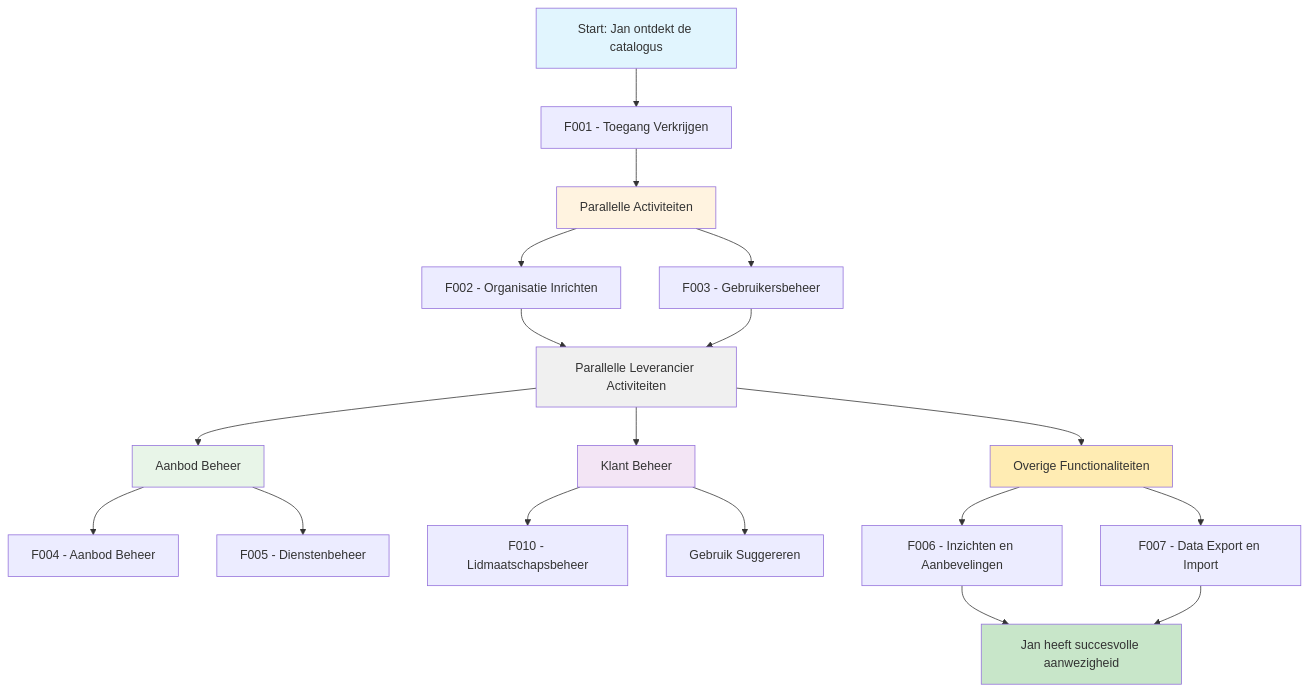
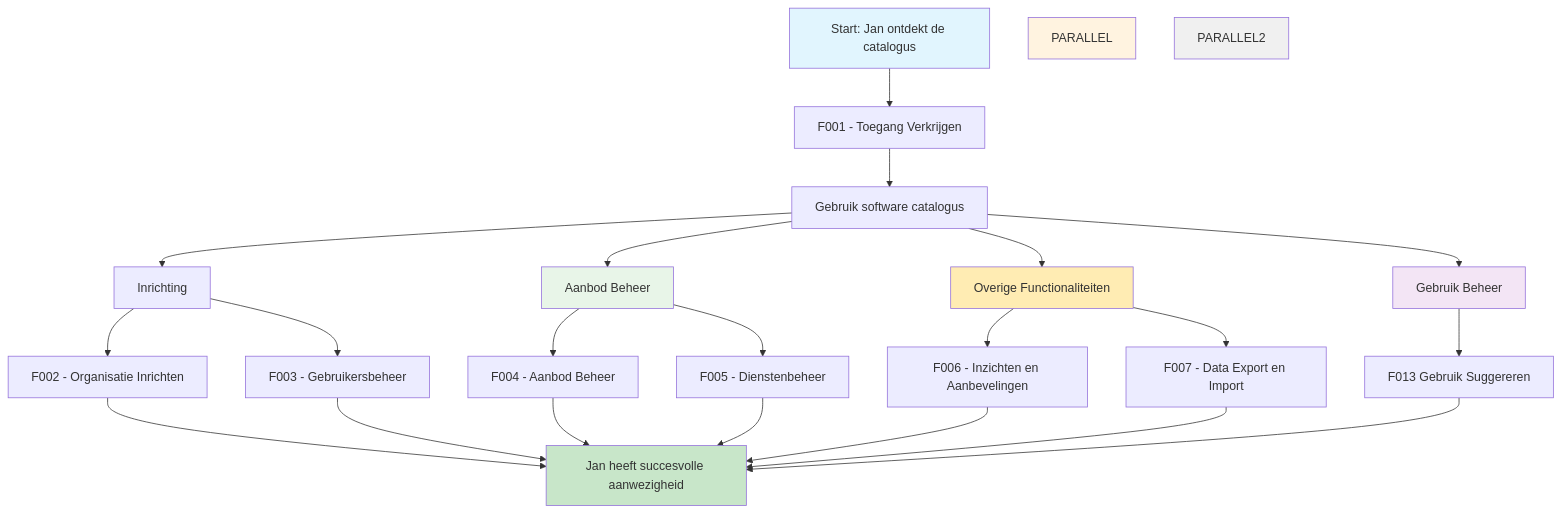
Before and after one commit to VNG-Realisatie/Softwarecatalogus: the diagram in website/docs/Klantreizen/klantreis_leverancier.md, drawn with Mermaid. The commit also changed 7 other files, not shown here.

````diff
--- a/website/docs/Klantreizen/klantreis_leverancier.md
+++ b/website/docs/Klantreizen/klantreis_leverancier.md
@@ -43,40 +43,44 @@
 ```mermaid
 flowchart TD
     A[Start: Jan ontdekt de catalogus] --> F001[F001 - Toegang Verkrijgen]
-    F001 --> PARALLEL[Parallelle Activiteiten]
-    
-    %% Basis inrichting
-    PARALLEL --> F002[F002 - Organisatie Inrichten]
-    PARALLEL --> F003[F003 - Gebruikersbeheer]
+    F001 --> GEBRUIK[Gebruik software catalogus]
+
     
     %% Parallelle activiteiten na basis inrichting
-    F002 --> PARALLEL2[Parallelle Leverancier Activiteiten]
-    F003 --> PARALLEL2
     
     %% Aanbod beheer (parallel)
-    PARALLEL2 --> AANBOD[Aanbod Beheer]
+    GEBRUIK --> INRICHTING[Inrichting]
+    INRICHTING --> F002[F002 - Organisatie Inrichten]
+    INRICHTING --> F003[F003 - Gebruikersbeheer]
+
+    %% Aanbod beheer (parallel)
+    GEBRUIK --> AANBOD[Aanbod Beheer]
     AANBOD --> F004[F004 - Aanbod Beheer]
     AANBOD --> F005[F005 - Dienstenbeheer]
     
     %% Klant beheer (parallel)
-    PARALLEL2 --> KLANT[Klant Beheer]
-    KLANT --> F010[F010 - Lidmaatschapsbeheer]
-    KLANT --> GEBRUIK[Gebruik Suggereren]
+    GEBRUIK --> KLANT[Gebruik Beheer]
+    KLANT --> F013[F013 Gebruik Suggereren]
     
     %% Overige functionaliteiten (parallel)
-    PARALLEL2 --> OVERIG[Overige Functionaliteiten]
+    GEBRUIK --> OVERIG[Overige Functionaliteiten]
     OVERIG --> F006[F006 - Inzichten en Aanbevelingen]
     OVERIG --> F007[F007 - Data Export en Import]
     
-    F006 --> END[Jan heeft succesvolle aanwezigheid]
+    F002 --> END[Jan heeft succesvolle aanwezigheid]
+    F003 --> END
+    F004 --> END
+    F005 --> END
+    F006 --> END
     F007 --> END
+    F013 --> END
     
     %% Styling
     style A fill:#e1f5fe
     style END fill:#c8e6c9
     style PARALLEL fill:#fff3e0
     style PARALLEL2 fill:#f0f0f0
     style AANBOD fill:#e8f5e8
     style KLANT fill:#f3e5f5
     style OVERIG fill:#ffecb3
 ```
````
